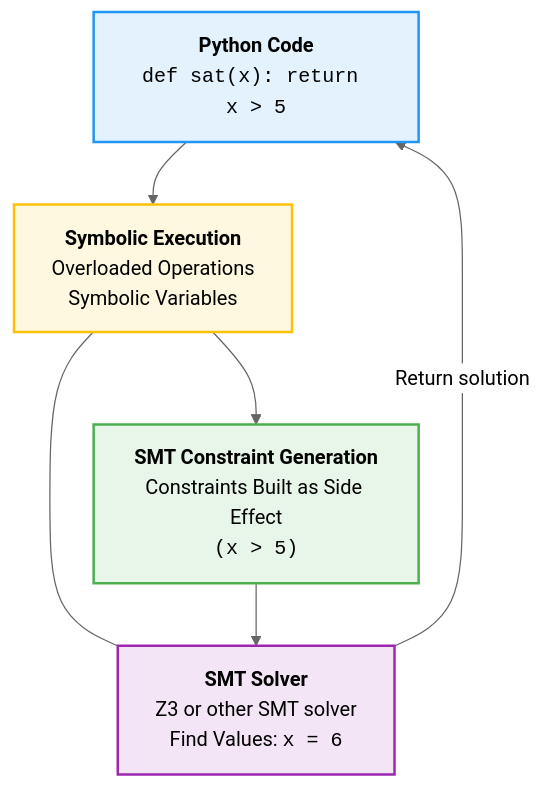
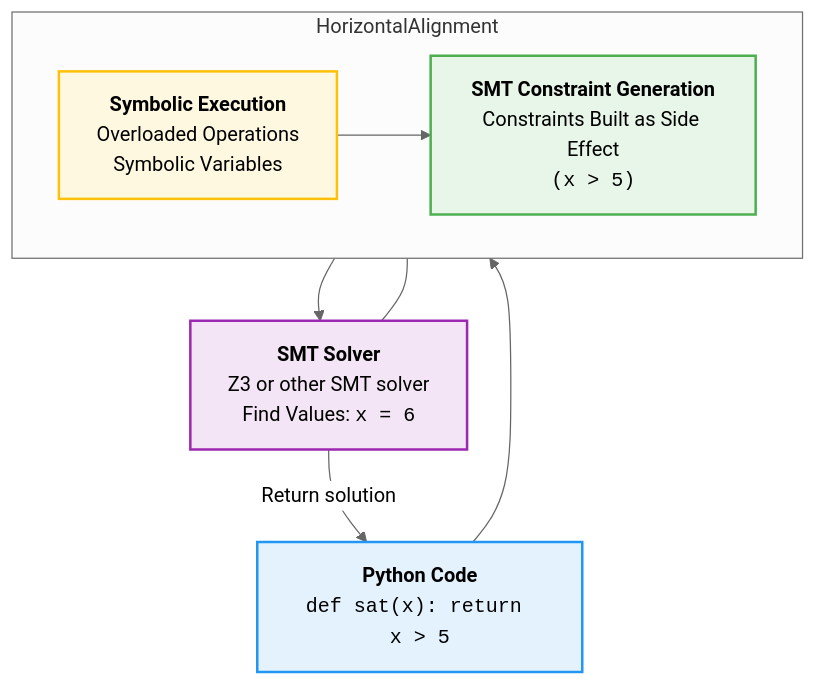
One commit to namin/holey changed the diagram in diagram_staging_SMT.md. Above: the diagram before and after it, drawn with Mermaid (neutral theme).

Commit message:
Update diagram_staging_SMT.md with Perplexity attempt to re-arrange SMT symbolic execution and SMT constraint generation side by side

````diff
--- a/diagram_staging_SMT.md
+++ b/diagram_staging_SMT.md
@@ -3,21 +3,24 @@
 ```mermaid
 flowchart TB
     PythonCode["<b>Python Code</b><br><tt>def sat(x): return x > 5</tt>"] --> SymbolicExecution
     
-    SymbolicExecution["<b>Symbolic Execution</b><br>Overloaded Operations<br>Symbolic Variables"] --> SMTGeneration
+    subgraph HorizontalAlignment
+        direction LR
+        SymbolicExecution["<b>Symbolic Execution</b><br>Overloaded Operations<br>Symbolic Variables"] --> SMTGeneration
+    end
+
+    SMTGeneration["<b>SMT Constraint Generation</b><br>Constraints Built as Side Effect<br><tt>(x > 5)</tt>"] --> SMTSolver
     SymbolicExecution --- SMTSolver
-    
-    SMTGeneration["<b>SMT Constraint Generation</b><br>Constraints Built as Side Effect<br><tt>(x > 5)</tt>"] --> SMTSolver
     
     SMTSolver["<b>SMT Solver</b><br>Z3 or other SMT solver<br>Find Values: <tt>x = 6</tt>"] --> |Return solution| PythonCode
     
     classDef python fill:#e3f2fd,stroke:#2196f3,stroke-width:2px,color:black;
     classDef execution fill:#fff8e1,stroke:#ffc107,stroke-width:2px,color:black;
     classDef generation fill:#e8f5e9,stroke:#4caf50,stroke-width:2px,color:black;
     classDef solver fill:#f3e5f5,stroke:#9c27b0,stroke-width:2px,color:black;
     
     class PythonCode python;
     class SymbolicExecution execution;
     class SMTGeneration generation;
     class SMTSolver solver;
 ```
````
